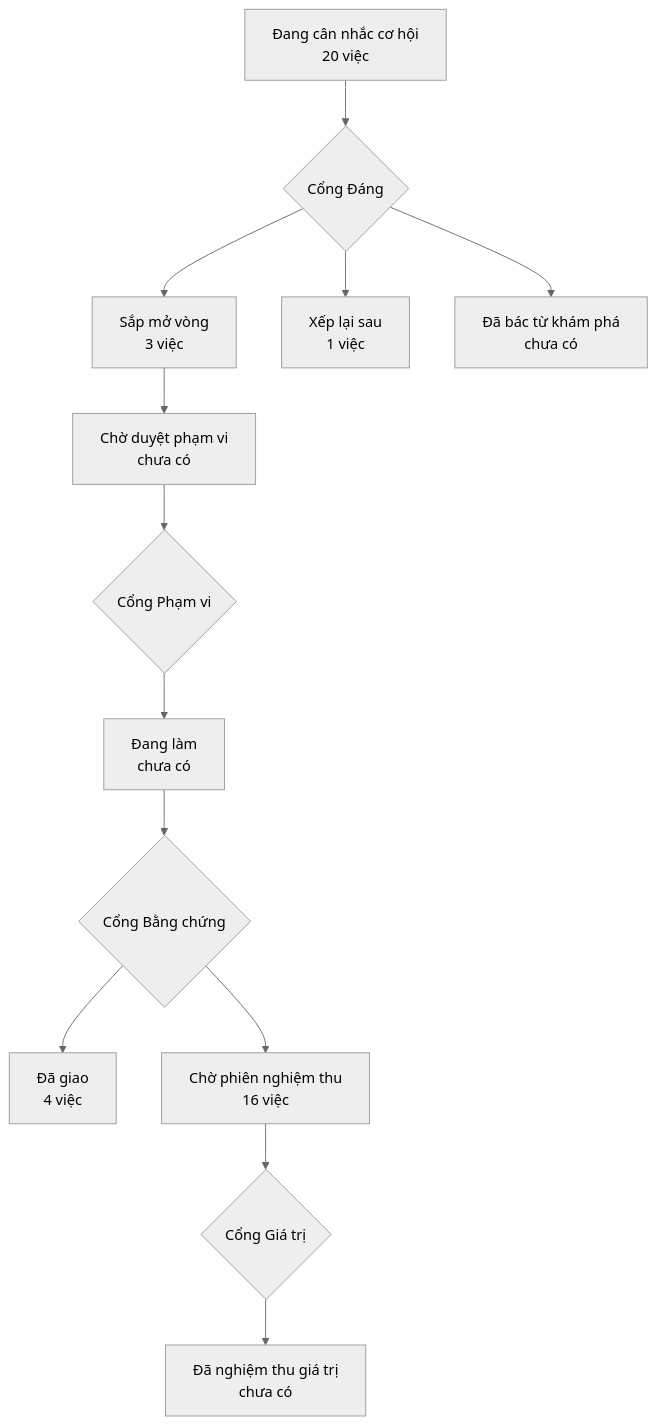
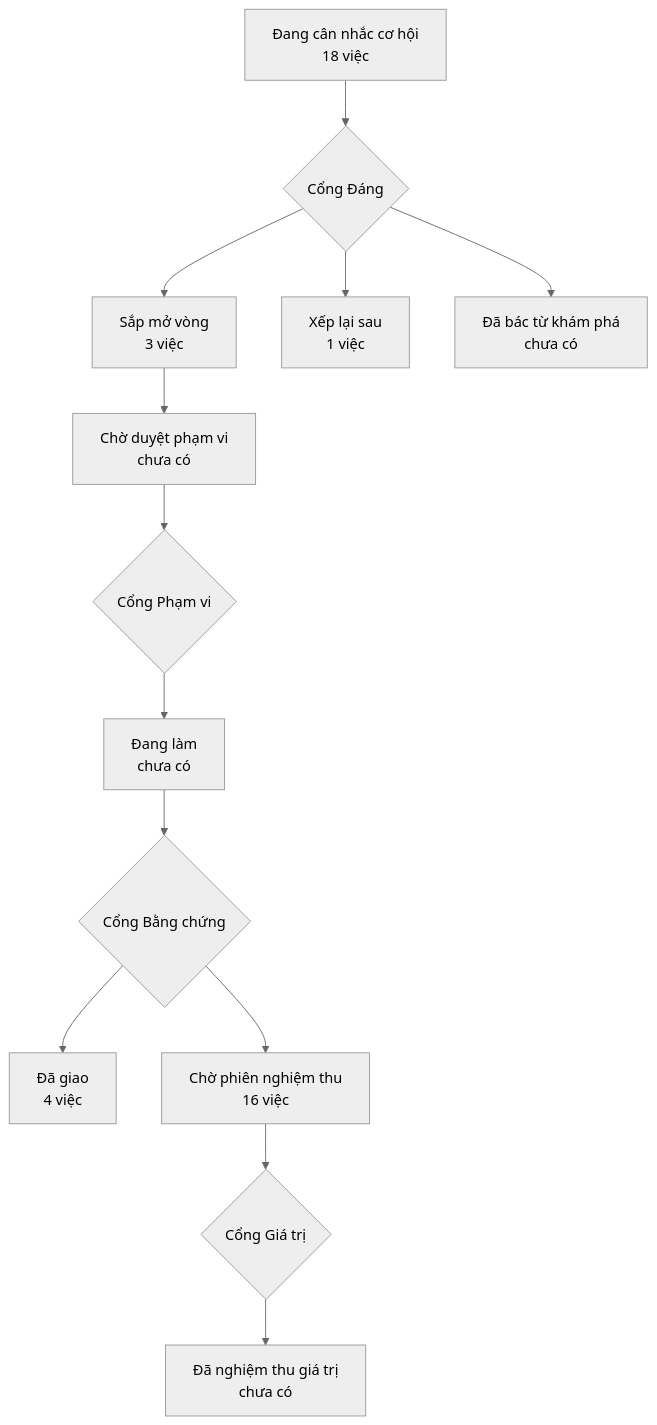
The diagram in PRODUCT-MAP.md (phanlemanh/onehub-quy-hang), drawn with Mermaid (neutral theme) before and after one commit. The commit also changed other lines of this file and 10 other files, not shown here.

````diff
--- a/PRODUCT-MAP.md
+++ b/PRODUCT-MAP.md
@@ -7,12 +7,12 @@
 ```mermaid
 flowchart TD
-  A["Đang cân nhắc cơ hội<br/>20 việc"] --> GD{"Cổng Đáng"}
+  A["Đang cân nhắc cơ hội<br/>18 việc"] --> GD{"Cổng Đáng"}
   GD --> B["Sắp mở vòng<br/>3 việc"]
   GD --> XL["Xếp lại sau<br/>1 việc"]
   GD --> DB["Đã bác từ khám phá<br/>chưa có"]
   B --> CD["Chờ duyệt phạm vi<br/>chưa có"] --> GP{"Cổng Phạm vi"}
   GP --> DL["Đang làm<br/>chưa có"] --> GB{"Cổng Bằng chứng"}
   GB --> DG["Đã giao<br/>4 việc"]
   GB --> CN["Chờ phiên nghiệm thu<br/>16 việc"] --> GG{"Cổng Giá trị"}
   GG --> NT["Đã nghiệm thu giá trị<br/>chưa có"]
 ```
````
